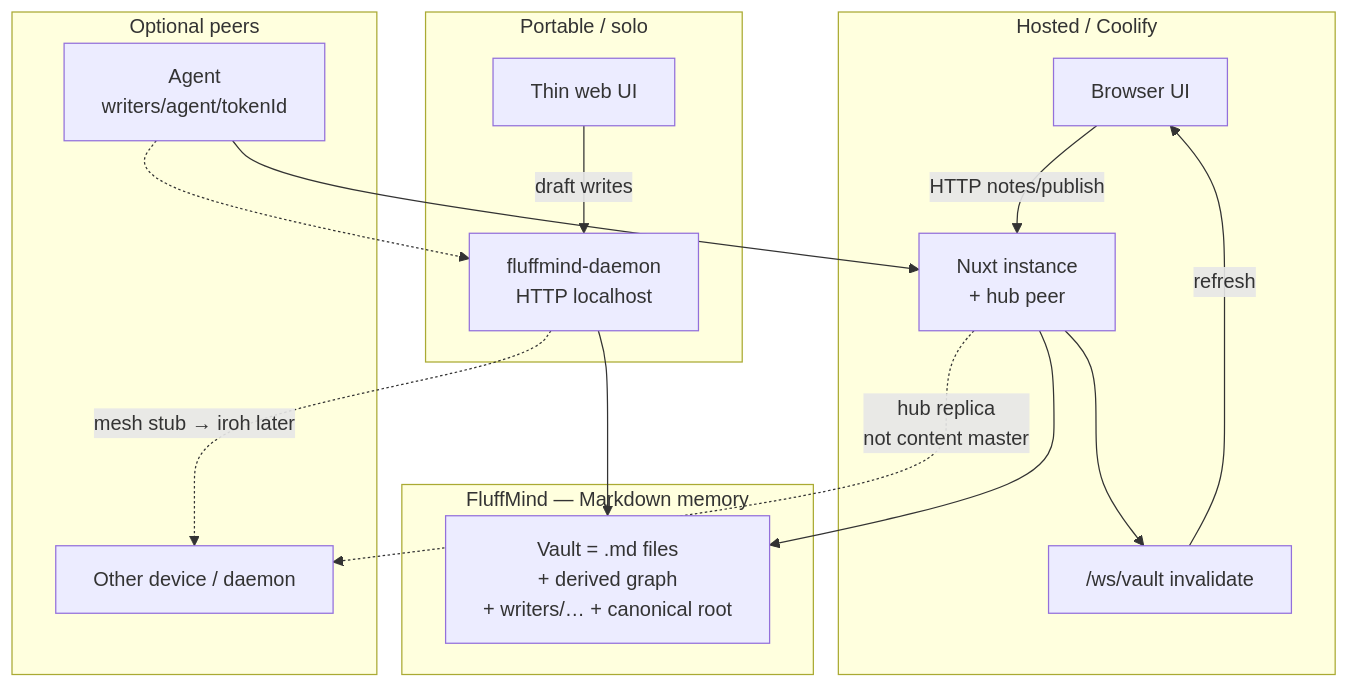
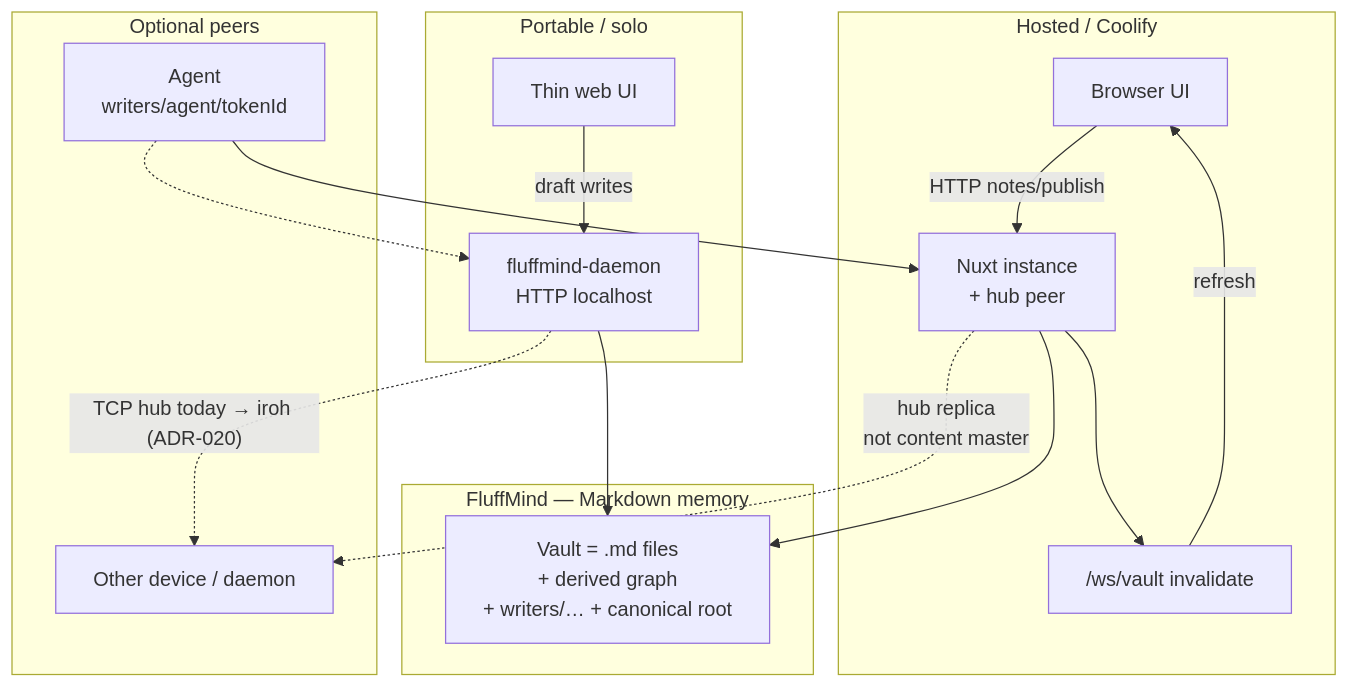
Before and after one commit to chatondearu/fluffmind: the first of 6 diagrams in foam/architecture/sync-architecture.md, drawn with Mermaid. The commit also changed other lines of this file and 10 other files, not shown here.

First line of the commit message:
docs(foam): decide Rust daemon + iroh transport and plan sync slices

````diff
--- a/foam/architecture/sync-architecture.md
+++ b/foam/architecture/sync-architecture.md
@@ -24,33 +24,33 @@
 ```mermaid
 flowchart TB
   subgraph Product["FluffMind — Markdown memory"]
     Vault["Vault = .md files\n+ derived graph\n+ writers/… + canonical root"]
   end
 
   subgraph Portable["Portable / solo"]
     UI1["Thin web UI"]
     Daemon["fluffmind-daemon\nHTTP localhost"]
     UI1 -->|"draft writes"| Daemon
     Daemon --> Vault
   end
 
   subgraph Hosted["Hosted / Coolify"]
     UI2["Browser UI"]
     Nuxt["Nuxt instance\n+ hub peer"]
     WS["/ws/vault invalidate"]
     UI2 -->|"HTTP notes/publish"| Nuxt
     Nuxt --> Vault
     Nuxt --> WS
     WS -->|"refresh"| UI2
   end
 
   subgraph OptionalPeers["Optional peers"]
     OtherDevice["Other device / daemon"]
     Agent["Agent\nwriters/agent/tokenId"]
   end
 
-  Daemon -.->|"mesh stub → iroh later"| OtherDevice
+  Daemon -.->|"TCP hub today → iroh (ADR-020)"| OtherDevice
   Nuxt -.->|"hub replica\nnot content master"| OtherDevice
   Agent --> Nuxt
   Agent -.-> Daemon
 ```
````
